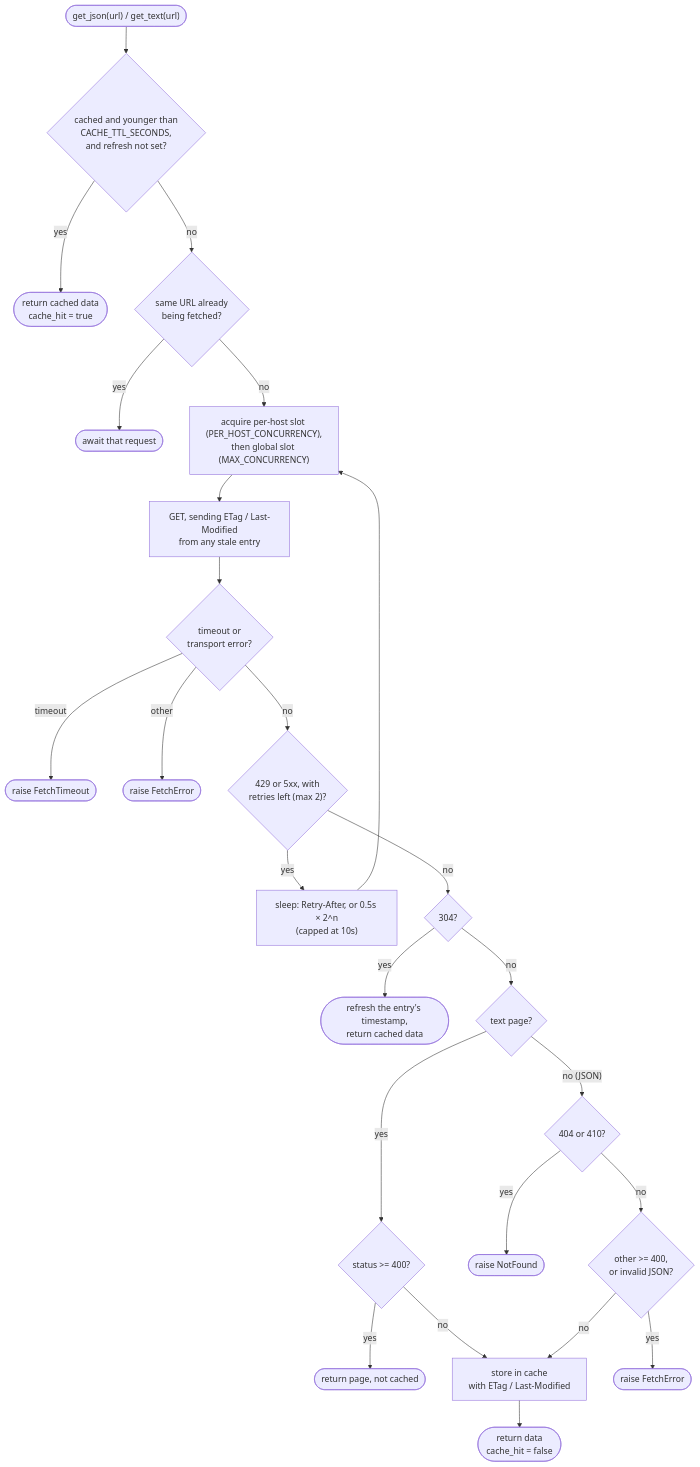
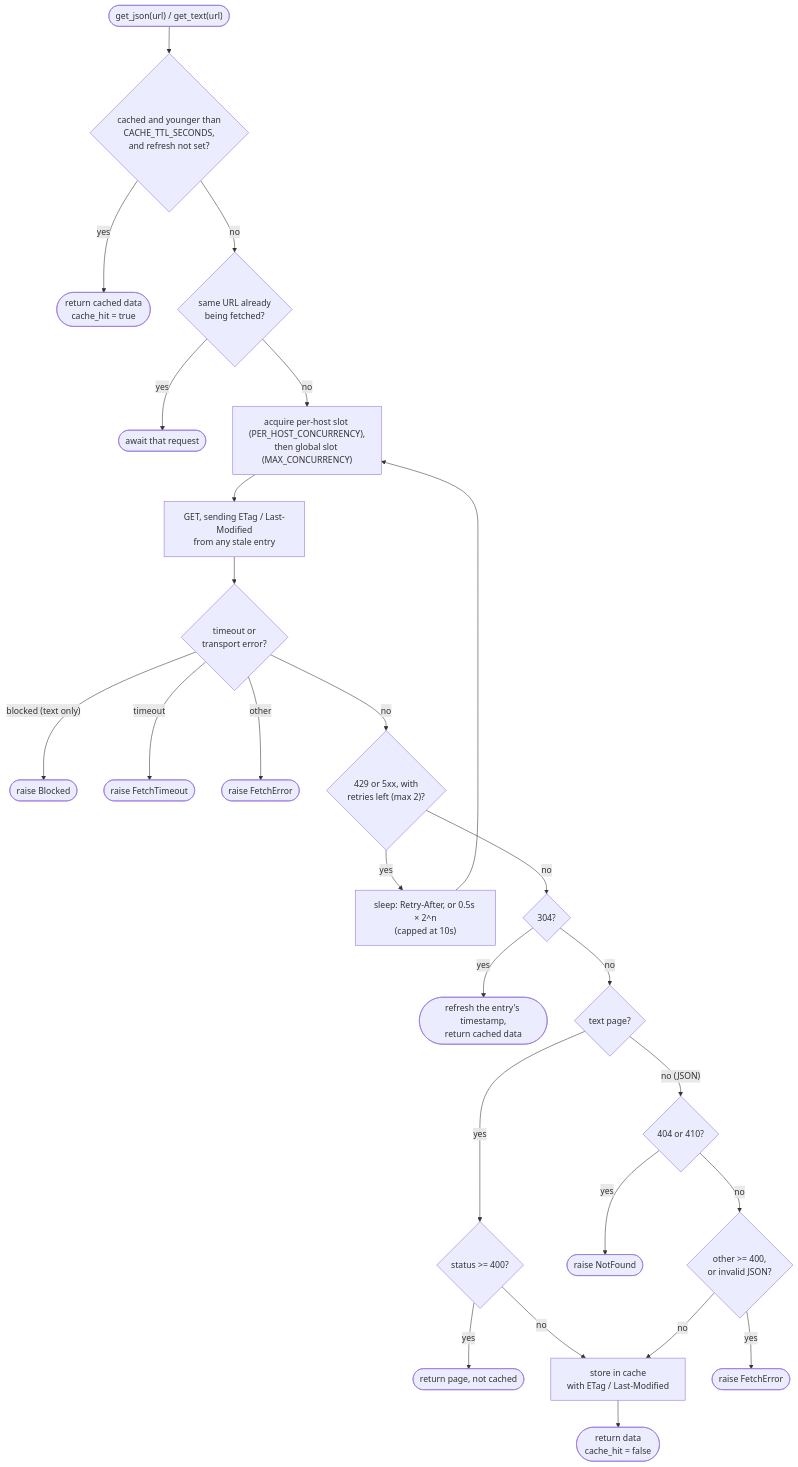
The fourth of 7 diagrams in docs/architecture.md (HakujouRyu/jobboard-mcp), drawn with Mermaid before and after one commit. The commit also changed other lines of this file and 9 other files, not shown here.

````diff
--- a/docs/architecture.md
+++ b/docs/architecture.md
@@ -173,26 +174,27 @@
 ```mermaid
 flowchart TD
     start(["get_json(url) / get_text(url)"]) --> fresh{"cached and younger than<br/>CACHE_TTL_SECONDS,<br/>and refresh not set?"}
     fresh -- yes --> hit(["return cached data<br/>cache_hit = true"])
     fresh -- no --> inflight{"same URL already<br/>being fetched?"}
     inflight -- yes --> join(["await that request"])
     inflight -- no --> slots["acquire per-host slot (PER_HOST_CONCURRENCY),<br/>then global slot (MAX_CONCURRENCY)"]
     slots --> send["GET, sending ETag / Last-Modified<br/>from any stale entry"]
     send --> exc{"timeout or<br/>transport error?"}
+    exc -- "blocked (text only)" --> fb(["raise Blocked"])
     exc -- timeout --> ft(["raise FetchTimeout"])
     exc -- other --> fe(["raise FetchError"])
     exc -- no --> retry{"429 or 5xx, with<br/>retries left (max 2)?"}
     retry -- yes --> wait["sleep: Retry-After, or 0.5s × 2^n<br/>(capped at 10s)"] --> slots
     retry -- no --> s304{"304?"}
     s304 -- yes --> renew(["refresh the entry's timestamp,<br/>return cached data"])
     s304 -- no --> kind{"text page?"}
     kind -- yes --> page{"status >= 400?"}
     page -- yes --> nocache(["return page, not cached"])
     page -- no --> store
     kind -- "no (JSON)" --> j404{"404 or 410?"}
     j404 -- yes --> nf(["raise NotFound"])
     j404 -- no --> j4xx{"other >= 400,<br/>or invalid JSON?"}
     j4xx -- yes --> fe2(["raise FetchError"])
     j4xx -- no --> store["store in cache<br/>with ETag / Last-Modified"]
     store --> done(["return data<br/>cache_hit = false"])
 ```
````
